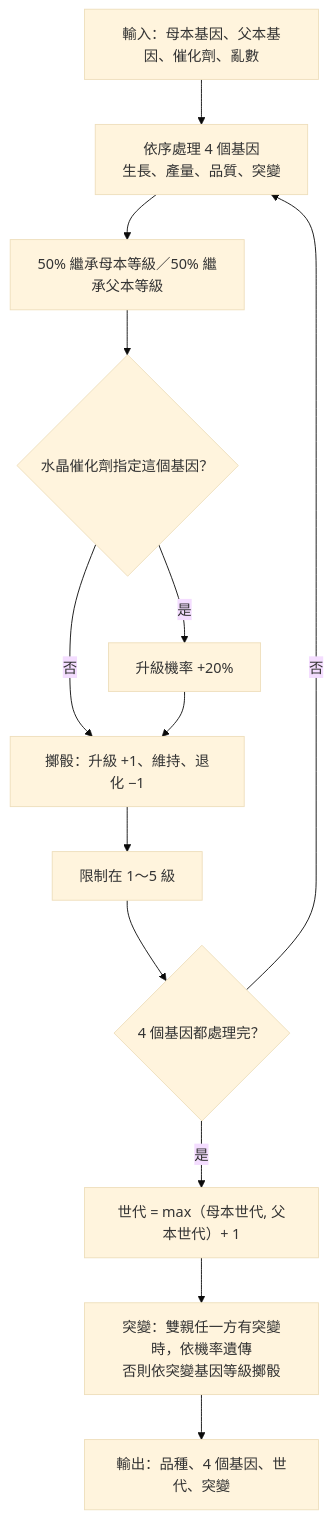
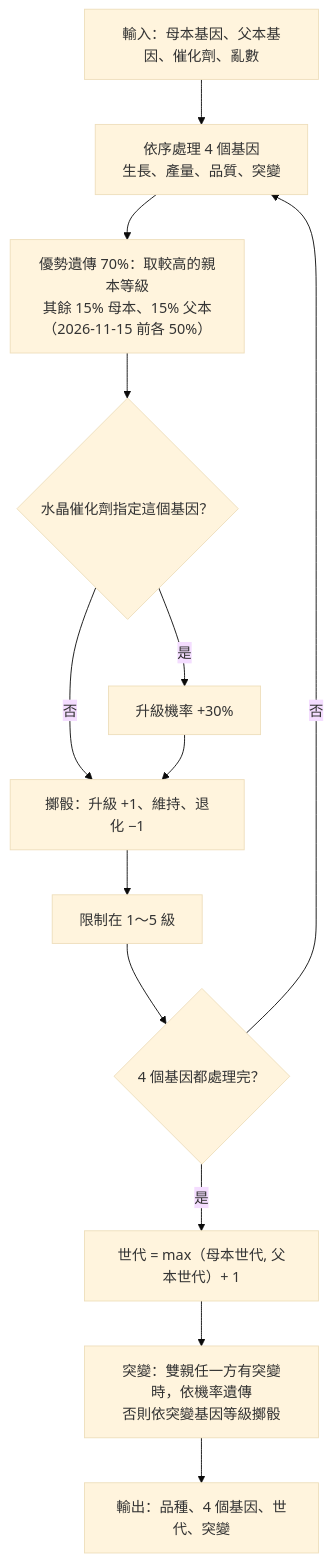
The fifth of 9 diagrams in 種子實驗室流程圖.md (kurumicute/farmgo), drawn with Mermaid (base theme) before and after one commit. The commit also changed other lines of this file and 14 other files, not shown here.

````diff
--- a/種子實驗室流程圖.md
+++ b/種子實驗室流程圖.md
@@ -178,15 +179,15 @@
 ```mermaid
 flowchart TD
     A[輸入：母本基因、父本基因、催化劑、亂數] --> B[依序處理 4 個基因<br/>生長、產量、品質、突變]
-    B --> C[50% 繼承母本等級／50% 繼承父本等級]
+    B --> C[優勢遺傳 70%：取較高的親本等級<br/>其餘 15% 母本、15% 父本（2026-11-15 前各 50%）]
     C --> D{水晶催化劑指定這個基因？}
-    D -- 是 --> D1[升級機率 +20%]
+    D -- 是 --> D1[升級機率 +30%]
     D -- 否 --> E
     D1 --> E[擲骰：升級 +1、維持、退化 −1]
     E --> F[限制在 1～5 級]
     F --> G{4 個基因都處理完？}
     G -- 否 --> B
     G -- 是 --> H[世代 = max（母本世代, 父本世代）+ 1]
     H --> I[突變：雙親任一方有突變時，依機率遺傳<br/>否則依突變基因等級擲骰]
     I --> J[輸出：品種、4 個基因、世代、突變]
 ```
````
